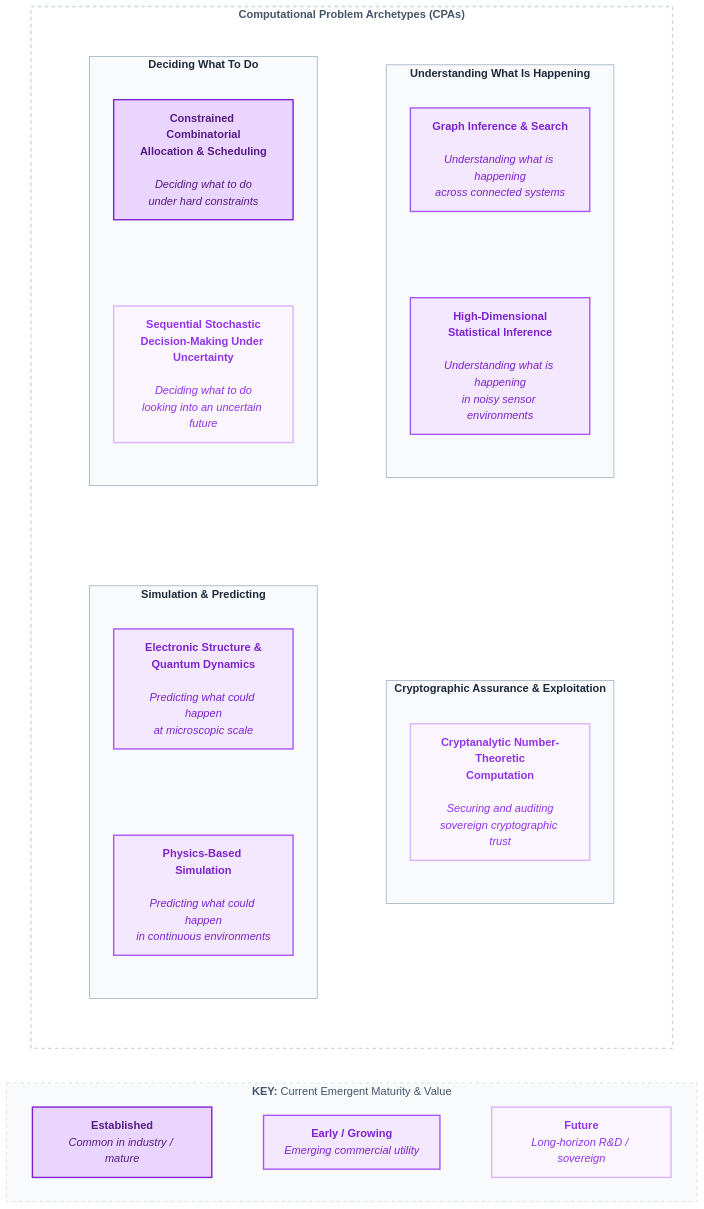
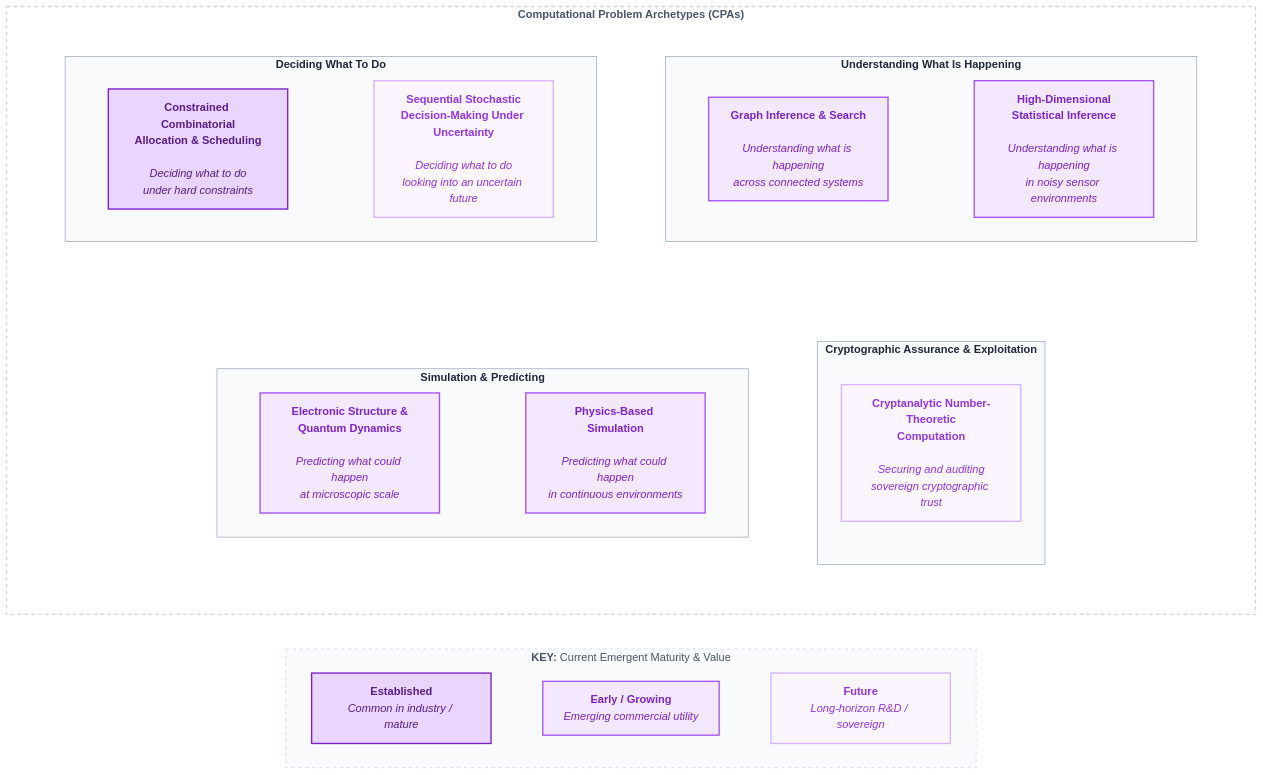
One commit to baddogdown/knowledge changed the second of 6 diagrams in quantum/The_Emergent_Algorithmic_Bridge.md. Above: the diagram before and after it, drawn with Mermaid.

Commit message:
merging CKFs / CPAs into algo bridge - fixing bad agy update

````diff
--- a/quantum/The_Emergent_Algorithmic_Bridge.md
+++ b/quantum/The_Emergent_Algorithmic_Bridge.md
@@ -125,71 +125,71 @@
 ```mermaid
 flowchart TB
 
     subgraph CPAS ["<b>Computational Problem Archetypes (CPAs)</b>"]
         direction TB
         
         %% Top Row (2 Boxes)
         subgraph ROW1 [" "]
             direction LR
             subgraph G1 ["<b>Deciding What To Do</b>"]
-                direction TB
+                direction LR
                 CPA1["<b>Constrained Combinatorial<br/>Allocation & Scheduling</b><br/><br/><i>Deciding what to do<br/>under hard constraints</i>"]
                 CPA2["<b>Sequential Stochastic<br/>Decision-Making Under Uncertainty</b><br/><br/><i>Deciding what to do<br/>looking into an uncertain future</i>"]
                 CPA1 ~~~ CPA2
             end
             subgraph G2 ["<b>Understanding What Is Happening</b>"]
-                direction TB
+                direction LR
                 CPA3["<b>Graph Inference & Search</b><br/><br/><i>Understanding what is happening<br/>across connected systems</i>"]
                 CPA4["<b>High-Dimensional<br/>Statistical Inference</b><br/><br/><i>Understanding what is happening<br/>in noisy sensor environments</i>"]
                 CPA3 ~~~ CPA4
             end
             G1 ~~~ G2
         end
 
         %% Bottom Row (2 Boxes)
         subgraph ROW2 [" "]
             direction LR
             subgraph G3 ["<b>Simulation & Predicting</b>"]
-                direction TB
+                direction LR
                 CPA5["<b>Electronic Structure &<br/>Quantum Dynamics</b><br/><br/><i>Predicting what could happen<br/>at microscopic scale</i>"]
                 CPA7["<b>Physics-Based Simulation</b><br/><br/><i>Predicting what could happen<br/>in continuous environments</i>"]
                 CPA5 ~~~ CPA7
             end
             subgraph G4 ["<b>Cryptographic Assurance & Exploitation</b>"]
                 direction TB
                 CPA6["<b>Cryptanalytic Number-Theoretic<br/>Computation</b><br/><br/><i>Securing and auditing<br/>sovereign cryptographic trust</i>"]
             end
             G3 ~~~ G4
         end
 
         ROW1 ~~~ ROW2
     end
 
     subgraph KEY ["<b>KEY:</b> Current Emergent Maturity & Value"]
         direction LR
         K1["<b>Established</b><br/><i>Common in industry / mature</i>"]
         K2["<b>Early / Growing</b><br/><i>Emerging commercial utility</i>"]
         K3["<b>Future</b><br/><i>Long-horizon R&D / sovereign</i>"]
         K1 ~~~ K2 ~~~ K3
     end
 
     CPAS ~~~ KEY
 
     %% Styling Classes for Maturity
     classDef strong fill:#e9d5ff,stroke:#7e22ce,stroke-width:2px,color:#581c87
     classDef medium fill:#f3e8ff,stroke:#a855f7,stroke-width:2px,color:#7e22ce
     classDef weak fill:#faf5ff,stroke:#d8b4fe,stroke-width:2px,color:#9333ea
 
     class CPA1,K1 strong
     class CPA3,CPA4,CPA5,CPA7,K2 medium
     class CPA2,CPA6,K3 weak
 
     style CPAS fill:#ffffff,stroke:#cbd5e1,stroke-width:2px,stroke-dasharray: 5 5,color:#475569
     style ROW1 fill:none,stroke:none
     style ROW2 fill:none,stroke:none
     style G1 fill:#f8fafc,stroke:#94a3b8,stroke-width:1px,color:#1e293b
     style G2 fill:#f8fafc,stroke:#94a3b8,stroke-width:1px,color:#1e293b
     style G3 fill:#f8fafc,stroke:#94a3b8,stroke-width:1px,color:#1e293b
     style G4 fill:#f8fafc,stroke:#94a3b8,stroke-width:1px,color:#1e293b
     style KEY fill:#f8fafc,stroke:#cbd5e1,stroke-width:1px,stroke-dasharray: 5 5,color:#475569
 ```
````
